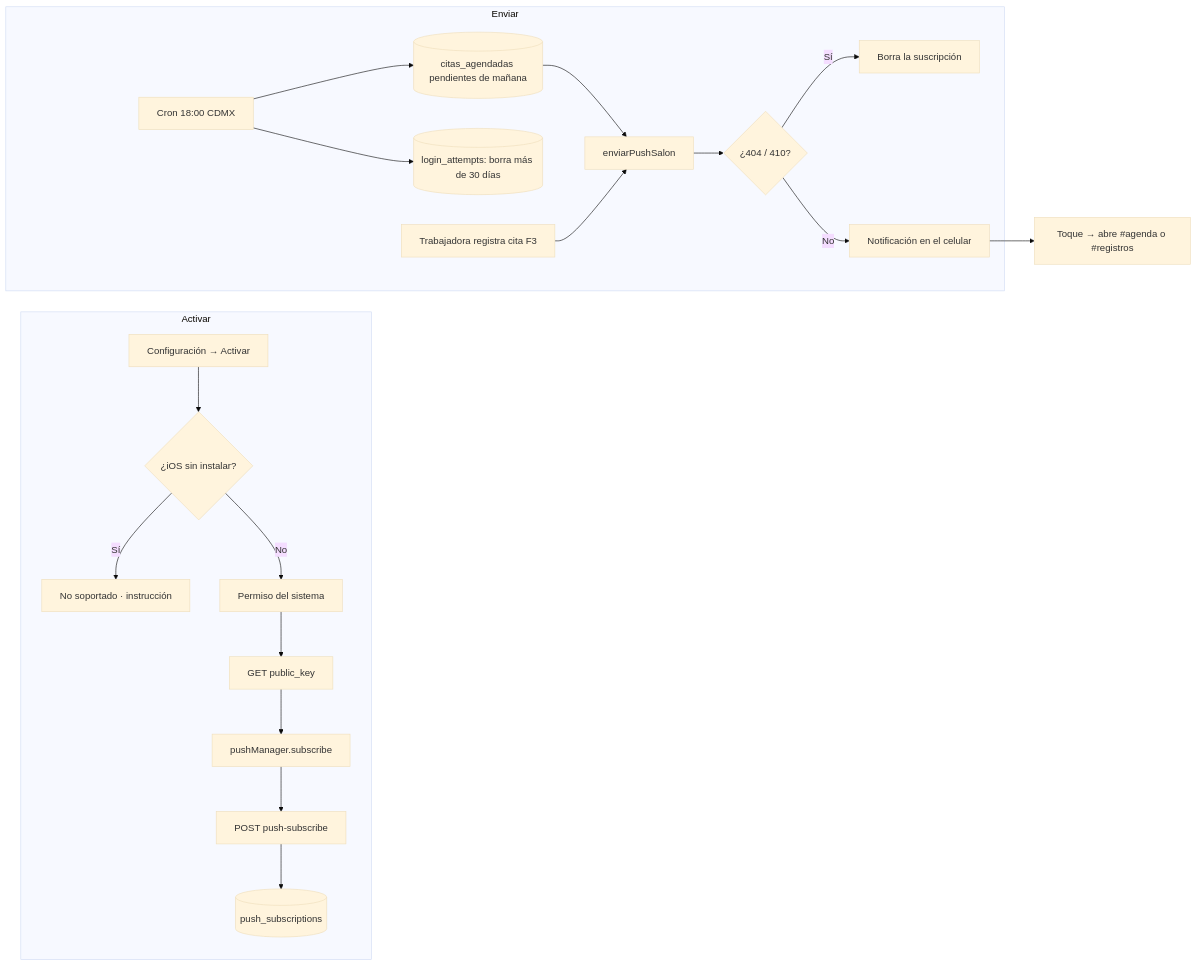
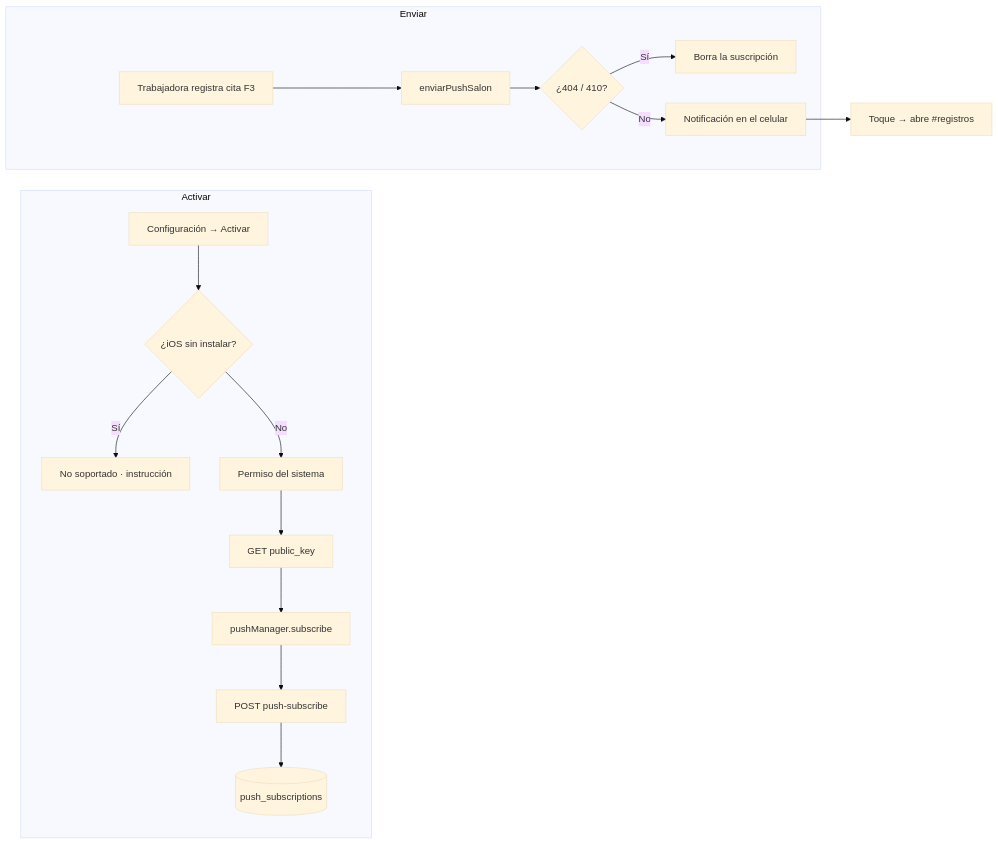
Before and after one commit to jesusangelsr12-dotcom/MarthaRdzApp: the tenth of 12 diagrams in docs/AppFlow.md, drawn with Mermaid (base theme). The commit also changed other lines of this file and 2 other files, not shown here.

First line of the commit message:
AppFlow: flujos y tablero de la v50 (anticipo en la cita, sin Agenda)

````diff
--- a/docs/AppFlow.md
+++ b/docs/AppFlow.md
@@ -317,17 +299,15 @@
 ```mermaid
 flowchart LR
   subgraph Activar
     A[Configuración → Activar] --> B{¿iOS sin instalar?}
     B -- Sí --> Z[No soportado · instrucción]
     B -- No --> C[Permiso del sistema] --> D[GET public_key] --> E[pushManager.subscribe] --> F[POST push-subscribe] --> G[(push_subscriptions)]
   end
   subgraph Enviar
-    H[Cron 18:00 CDMX] --> I[(citas_agendadas pendientes de mañana)] --> J[enviarPushSalon]
-    H --> LA[(login_attempts: borra más de 30 días)]
-    K[Trabajadora registra cita F3] --> J
+    K[Trabajadora registra cita F3] --> J[enviarPushSalon]
     J --> L{¿404 / 410?}
     L -- Sí --> M[Borra la suscripción]
     L -- No --> N[Notificación en el celular]
   end
-  N --> O["Toque → abre #agenda o #registros"]
+  N --> O["Toque → abre #registros"]
 ```
````
